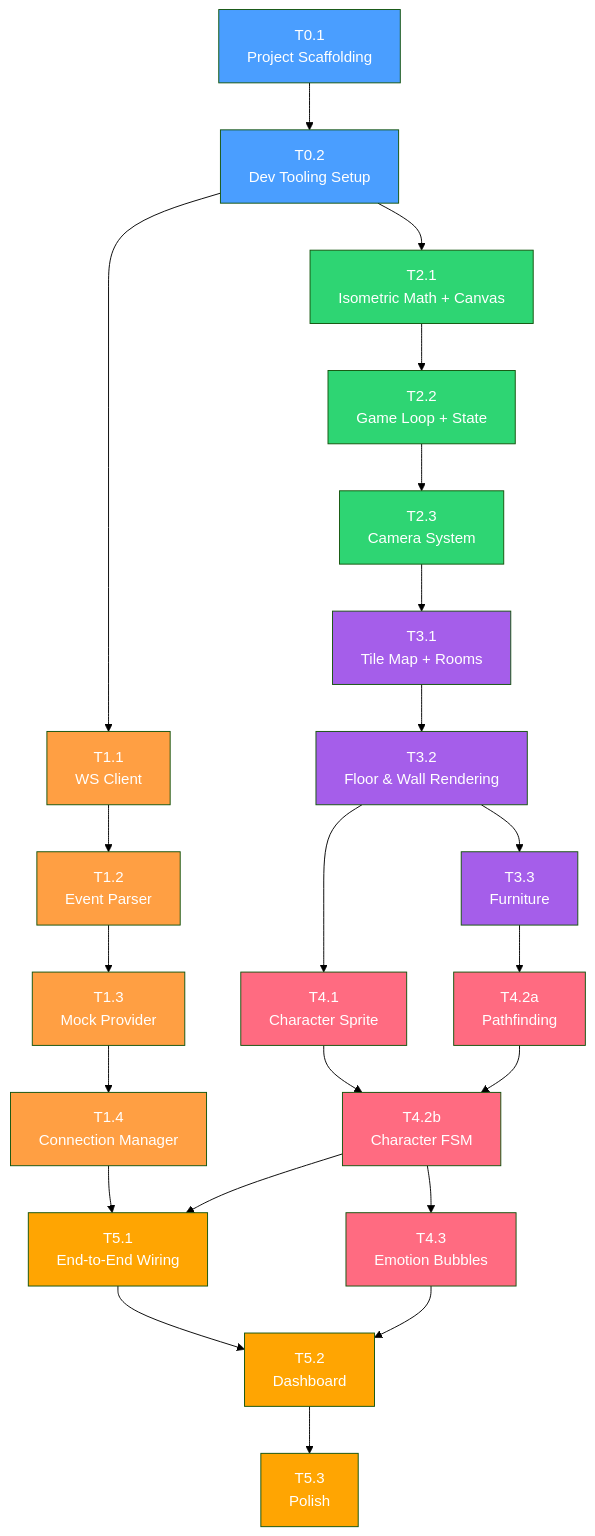
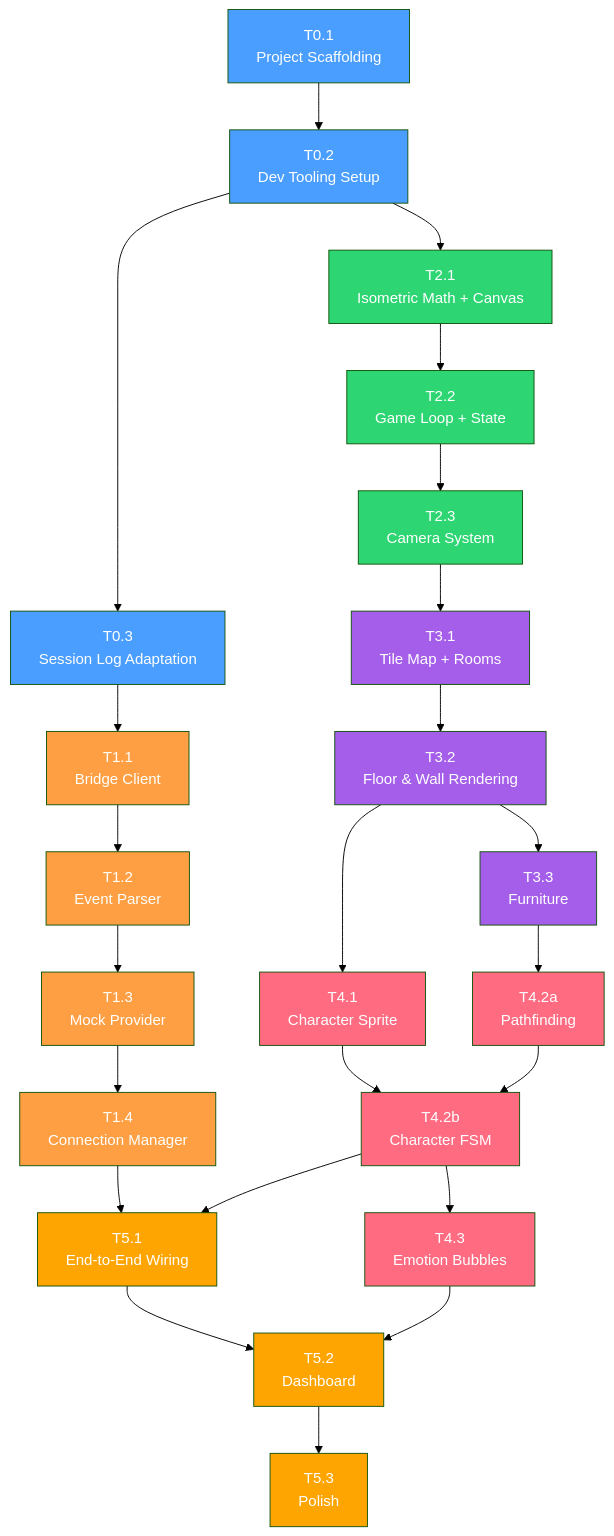
One commit to luyao618/watch-claw-working changed the diagram in docs/TASKS.md. Above: the diagram before and after it, drawn with Mermaid (forest theme). The commit also changed other lines of this file and 6 other files, not shown here.

````diff
--- a/docs/TASKS.md
+++ b/docs/TASKS.md
@@ -959,75 +1027,78 @@
 ```mermaid
 graph TD
     T0.1["T0.1<br/>Project Scaffolding"]
     T0.2["T0.2<br/>Dev Tooling Setup"]
-    T1.1["T1.1<br/>WS Client"]
+    T0.3["T0.3<br/>Session Log Adaptation"]
+    T1.1["T1.1<br/>Bridge Client"]
     T1.2["T1.2<br/>Event Parser"]
     T1.3["T1.3<br/>Mock Provider"]
     T1.4["T1.4<br/>Connection Manager"]
     T2.1["T2.1<br/>Isometric Math + Canvas"]
     T2.2["T2.2<br/>Game Loop + State"]
     T2.3["T2.3<br/>Camera System"]
     T3.1["T3.1<br/>Tile Map + Rooms"]
     T3.2["T3.2<br/>Floor & Wall Rendering"]
     T3.3["T3.3<br/>Furniture"]
     T4.1["T4.1<br/>Character Sprite"]
     T4.2a["T4.2a<br/>Pathfinding"]
     T4.2b["T4.2b<br/>Character FSM"]
     T4.3["T4.3<br/>Emotion Bubbles"]
     T5.1["T5.1<br/>End-to-End Wiring"]
     T5.2["T5.2<br/>Dashboard"]
     T5.3["T5.3<br/>Polish"]
 
     T0.1 --> T0.2
+    T0.2 --> T0.3
 
     %% Phase 1 (Connection) — sequential chain
-    T0.2 --> T1.1
+    T0.3 --> T1.1
     T1.1 --> T1.2
     T1.2 --> T1.3
     T1.3 --> T1.4
 
     %% Phase 2 (Engine) — can start in parallel with Phase 1
     T0.2 --> T2.1
     T2.1 --> T2.2
     T2.2 --> T2.3
 
     %% Phase 3 (World) — needs engine
     T2.3 --> T3.1
     T3.1 --> T3.2
     T3.2 --> T3.3
 
     %% Phase 4 (Character) — needs world + renderer
     T3.2 --> T4.1
     T3.3 --> T4.2a
     T4.1 --> T4.2b
     T4.2a --> T4.2b
     T4.2b --> T4.3
 
     %% Phase 5 (Integration) — needs both Connection and Character
     T1.4 --> T5.1
     T4.2b --> T5.1
     T5.1 --> T5.2
     T4.3 --> T5.2
     T5.2 --> T5.3
 
     %% Styling
     style T0.1 fill:#4a9eff,color:#fff
     style T0.2 fill:#4a9eff,color:#fff
+    style T0.3 fill:#4a9eff,color:#fff
     style T1.1 fill:#ff9f43,color:#fff
     style T1.2 fill:#ff9f43,color:#fff
     style T1.3 fill:#ff9f43,color:#fff
     style T1.4 fill:#ff9f43,color:#fff
     style T2.1 fill:#2ed573,color:#fff
     style T2.2 fill:#2ed573,color:#fff
     style T2.3 fill:#2ed573,color:#fff
     style T3.1 fill:#a55eea,color:#fff
     style T3.2 fill:#a55eea,color:#fff
     style T3.3 fill:#a55eea,color:#fff
     style T4.1 fill:#ff6b81,color:#fff
     style T4.2a fill:#ff6b81,color:#fff
     style T4.2b fill:#ff6b81,color:#fff
     style T4.3 fill:#ff6b81,color:#fff
     style T5.1 fill:#ffa502,color:#fff
     style T5.2 fill:#ffa502,color:#fff
     style T5.3 fill:#ffa502,color:#fff
 ```
````
